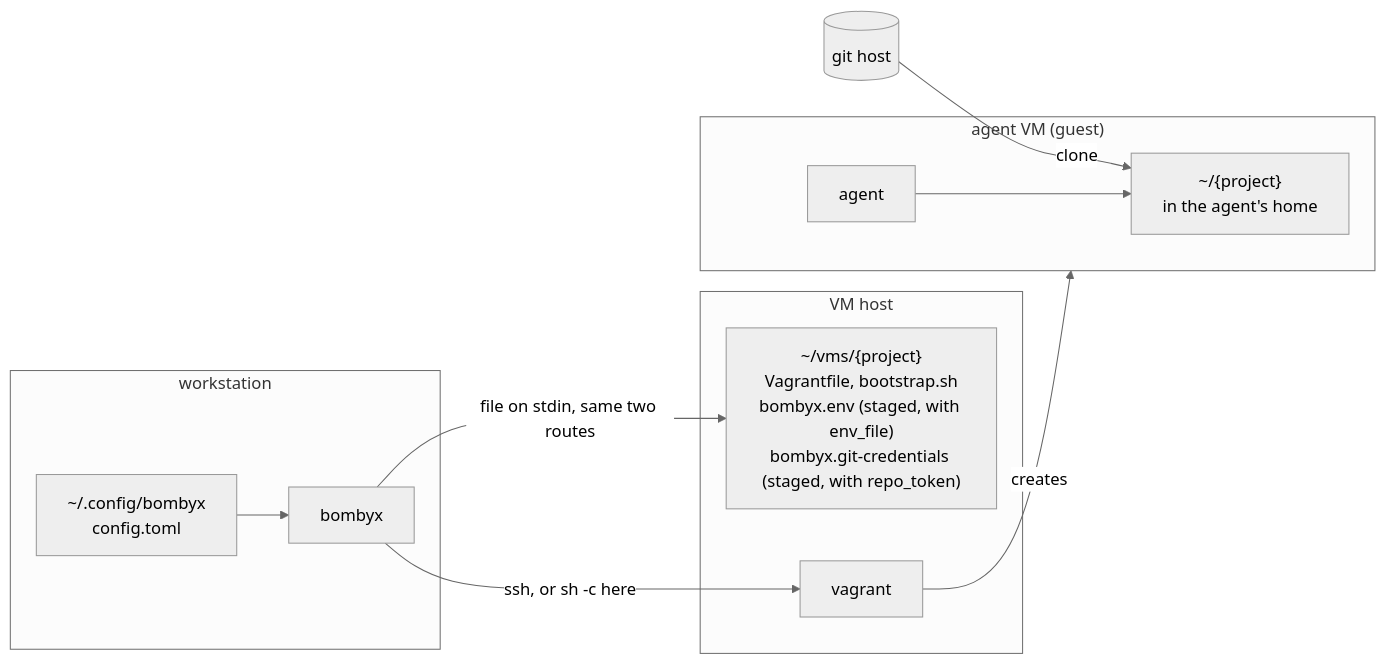
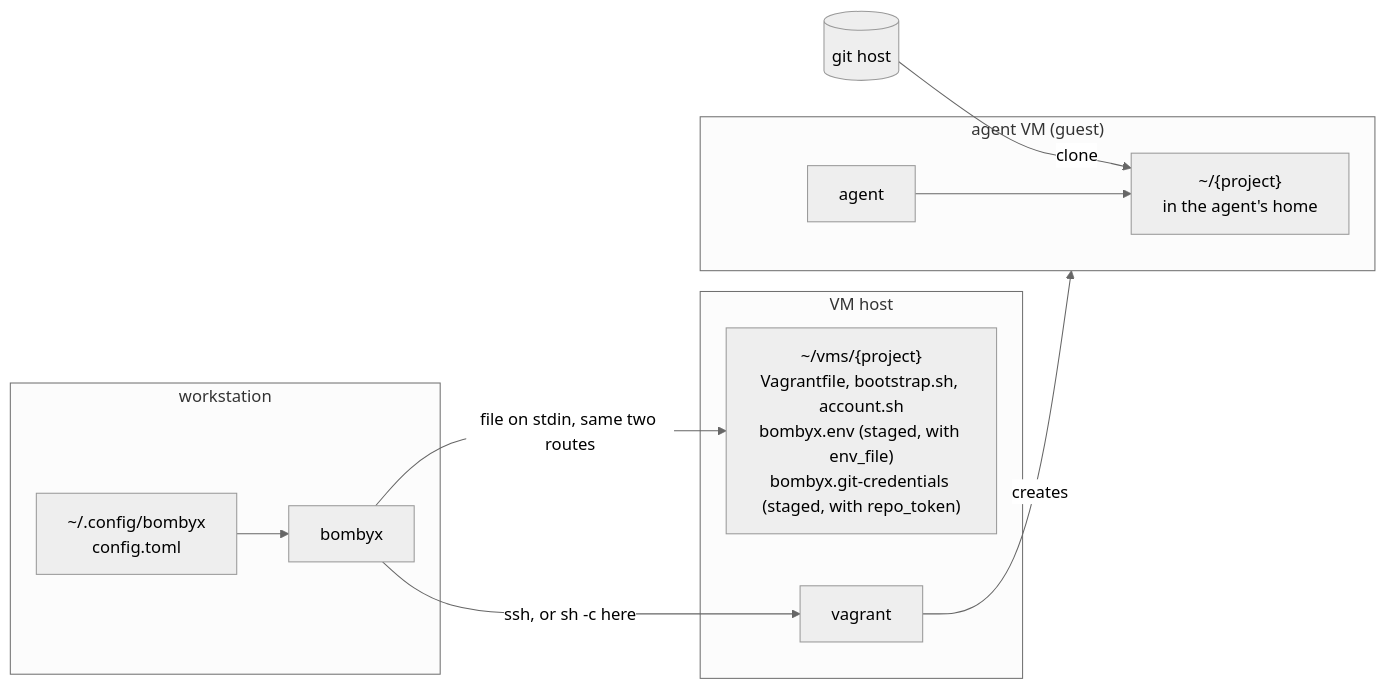
One commit to breki/bombyx changed the first of 6 diagrams in docs/architecture.md. Above: the diagram before and after it, drawn with Mermaid (neutral theme). The commit also changed other lines of this file and 23 other files, not shown here.

````diff
--- a/docs/architecture.md
+++ b/docs/architecture.md
@@ -24,26 +24,26 @@
 ```mermaid
 flowchart LR
   subgraph ws["workstation"]
     reg["~/.config/bombyx<br/>config.toml"]
     cli["bombyx"]
   end
 
   subgraph host["VM host"]
-    dir["~/vms/{project}<br/>Vagrantfile, bootstrap.sh<br/>bombyx.env (staged, with env_file)<br/>bombyx.git-credentials (staged, with repo_token)"]
+    dir["~/vms/{project}<br/>Vagrantfile, bootstrap.sh, account.sh<br/>bombyx.env (staged, with env_file)<br/>bombyx.git-credentials (staged, with repo_token)"]
     vg["vagrant"]
   end
 
   subgraph guest["agent VM (guest)"]
     clone["~/{project}<br/>in the agent's home"]
     agent["agent"]
   end
 
   git[("git host")]
 
   reg --> cli
   cli -- "ssh, or sh -c here" --> vg
   cli -- "file on stdin, same two routes" --> dir
   vg -- creates --> guest
   git -- clone --> clone
   agent --> clone
 ```
````
